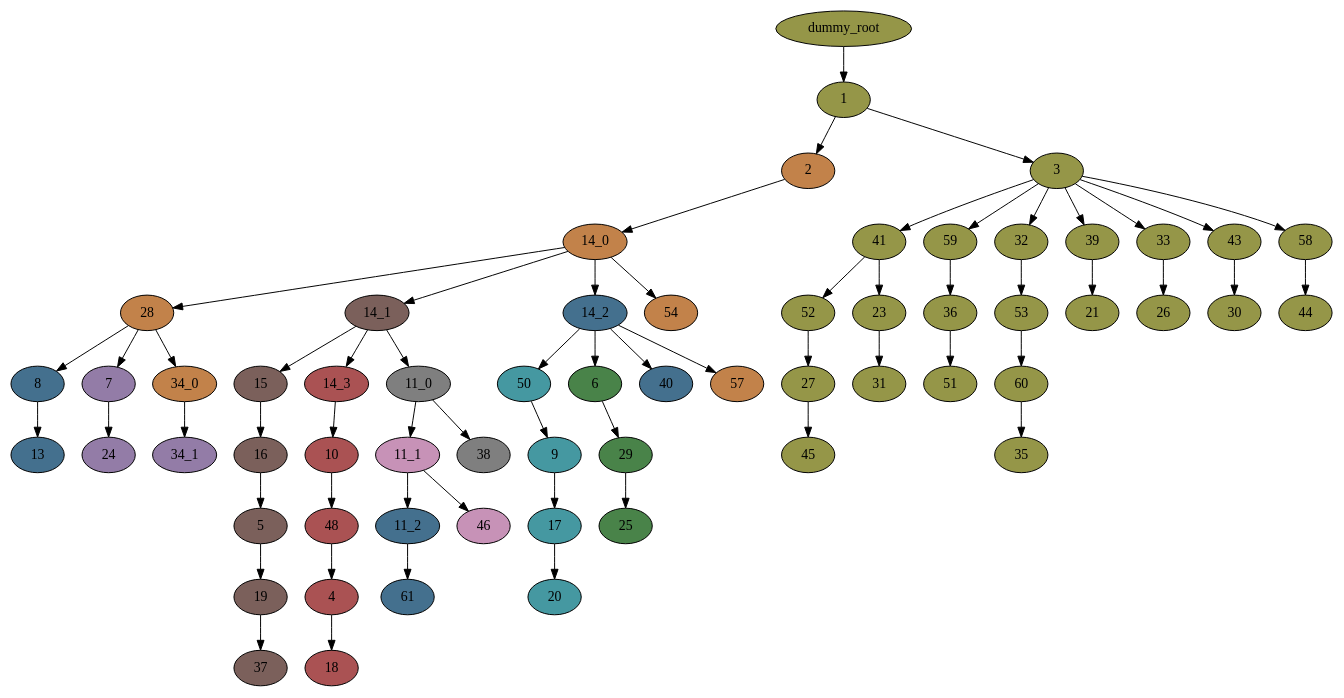
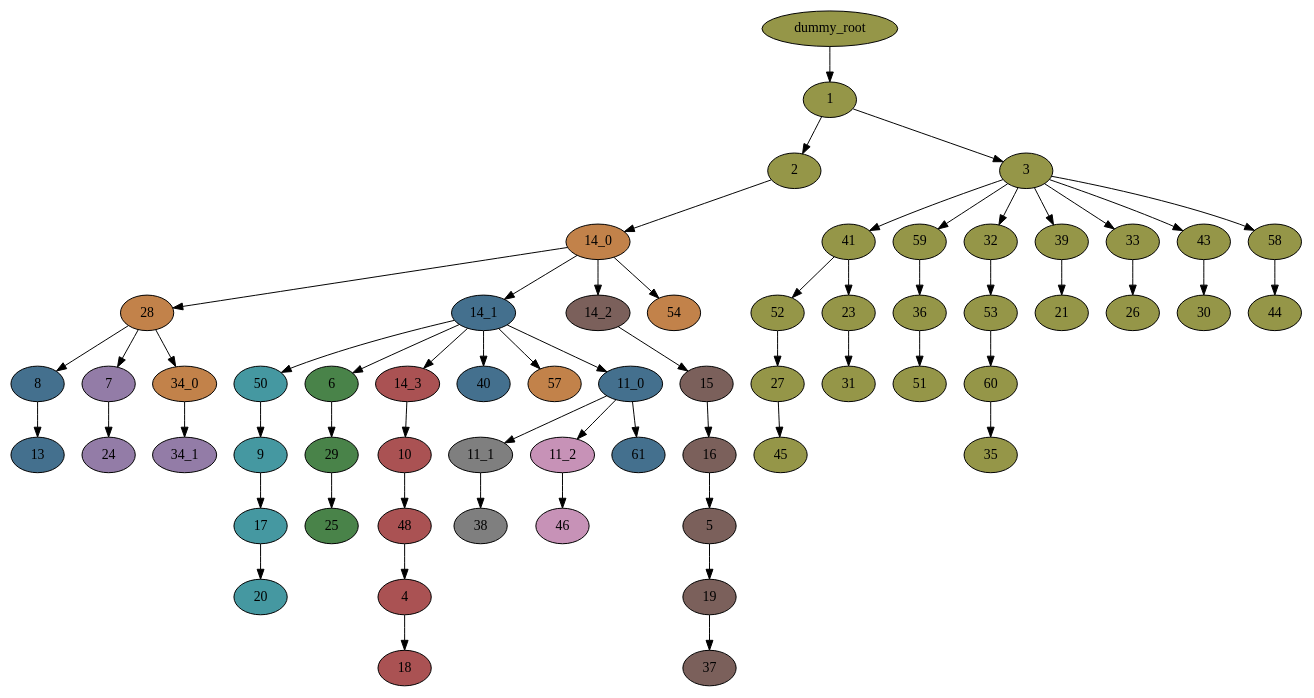
One commit to noahcape/pmh-rp changed the diagram in trees/CRUKP4715/tlp/tlp_output_colored_tree.dot. Above: the diagram before and after it, drawn with Graphviz. The commit also changed 255 other files, not shown here.

```diff
--- a/trees/CRUKP4715/tlp/tlp_output_colored_tree.dot
+++ b/trees/CRUKP4715/tlp/tlp_output_colored_tree.dot
@@ -1,123 +1,123 @@
 digraph T {
 	"10" [fillcolor="#aa5253", style=filled];
 	"48" [fillcolor="#aa5253", style=filled];
 	"4" [fillcolor="#aa5253", style=filled];
 	"15" [fillcolor="#7b605b", style=filled];
 	"16" [fillcolor="#7b605b", style=filled];
 	"5" [fillcolor="#7b605b", style=filled];
-	"2" [fillcolor="#c2824a", style=filled];
+	"2" [fillcolor="#959648", style=filled];
 	"14_0" [fillcolor="#c2824a", style=filled];
 	"28" [fillcolor="#c2824a", style=filled];
 	"8" [fillcolor="#44708e", style=filled];
 	"7" [fillcolor="#937ca7", style=filled];
 	"34_0" [fillcolor="#c2824a", style=filled];
 	"50" [fillcolor="#4598a1", style=filled];
 	"9" [fillcolor="#4598a1", style=filled];
 	"1" [fillcolor="#959648", style=filled];
 	"3" [fillcolor="#959648", style=filled];
 	"17" [fillcolor="#4598a1", style=filled];
 	"19" [fillcolor="#7b605b", style=filled];
 	"41" [fillcolor="#959648", style=filled];
 	"59" [fillcolor="#959648", style=filled];
 	"32" [fillcolor="#959648", style=filled];
 	"39" [fillcolor="#959648", style=filled];
 	"33" [fillcolor="#959648", style=filled];
 	"43" [fillcolor="#959648", style=filled];
 	"58" [fillcolor="#959648", style=filled];
 	"52" [fillcolor="#959648", style=filled];
 	"23" [fillcolor="#959648", style=filled];
 	"27" [fillcolor="#959648", style=filled];
 	"6" [fillcolor="#498349", style=filled];
 	"29" [fillcolor="#498349", style=filled];
 	"36" [fillcolor="#959648", style=filled];
 	"53" [fillcolor="#959648", style=filled];
 	"60" [fillcolor="#959648", style=filled];
 	"13" [fillcolor="#44708e", style=filled];
 	"18" [fillcolor="#aa5253", style=filled];
 	"20" [fillcolor="#4598a1", style=filled];
 	"21" [fillcolor="#959648", style=filled];
 	"24" [fillcolor="#937ca7", style=filled];
 	"25" [fillcolor="#498349", style=filled];
 	"26" [fillcolor="#959648", style=filled];
 	"30" [fillcolor="#959648", style=filled];
 	"31" [fillcolor="#959648", style=filled];
 	"35" [fillcolor="#959648", style=filled];
 	"37" [fillcolor="#7b605b", style=filled];
 	"44" [fillcolor="#959648", style=filled];
 	"45" [fillcolor="#959648", style=filled];
 	"51" [fillcolor="#959648", style=filled];
-	"14_1" [fillcolor="#7b605b", style=filled];
-	"14_2" [fillcolor="#44708e", style=filled];
+	"14_1" [fillcolor="#44708e", style=filled];
+	"14_2" [fillcolor="#7b605b", style=filled];
 	"54" [fillcolor="#c2824a", style=filled];
 	"14_3" [fillcolor="#aa5253", style=filled];
-	"11_0" [fillcolor="#7f7f7f", style=filled];
 	"40" [fillcolor="#44708e", style=filled];
 	"57" [fillcolor="#c2824a", style=filled];
-	"11_1" [fillcolor="#c792b7", style=filled];
+	"11_0" [fillcolor="#44708e", style=filled];
+	"11_1" [fillcolor="#7f7f7f", style=filled];
+	"11_2" [fillcolor="#c792b7", style=filled];
+	"61" [fillcolor="#44708e", style=filled];
 	"38" [fillcolor="#7f7f7f", style=filled];
-	"11_2" [fillcolor="#44708e", style=filled];
 	"46" [fillcolor="#c792b7", style=filled];
-	"61" [fillcolor="#44708e", style=filled];
 	"34_1" [fillcolor="#937ca7", style=filled];
 	"dummy_root" [fillcolor="#959648", style=filled];
 	"10" -> "48";
 	"48" -> "4";
 	"4" -> "18";
 	"15" -> "16";
 	"16" -> "5";
 	"5" -> "19";
 	"2" -> "14_0";
 	"14_0" -> "14_1";
 	"14_0" -> "14_2";
 	"14_0" -> "28";
 	"14_0" -> "54";
 	"28" -> "8";
 	"28" -> "7";
 	"28" -> "34_0";
 	"8" -> "13";
 	"7" -> "24";
 	"34_0" -> "34_1";
 	"50" -> "9";
 	"9" -> "17";
 	"1" -> "2";
 	"1" -> "3";
 	"3" -> "41";
 	"3" -> "59";
 	"3" -> "32";
 	"3" -> "39";
 	"3" -> "33";
 	"3" -> "43";
 	"3" -> "58";
 	"17" -> "20";
 	"19" -> "37";
 	"41" -> "52";
 	"41" -> "23";
 	"59" -> "36";
 	"32" -> "53";
 	"39" -> "21";
 	"33" -> "26";
 	"43" -> "30";
 	"58" -> "44";
 	"52" -> "27";
 	"23" -> "31";
 	"27" -> "45";
 	"6" -> "29";
 	"29" -> "25";
 	"36" -> "51";
 	"53" -> "60";
 	"60" -> "35";
 	"14_1" -> "14_3";
-	"14_1" -> "15";
+	"14_1" -> "50";
+	"14_1" -> "6";
+	"14_1" -> "40";
+	"14_1" -> "57";
 	"14_1" -> "11_0";
-	"14_2" -> "50";
-	"14_2" -> "6";
-	"14_2" -> "40";
-	"14_2" -> "57";
+	"14_2" -> "15";
 	"14_3" -> "10";
 	"11_0" -> "11_1";
-	"11_0" -> "38";
-	"11_1" -> "11_2";
-	"11_1" -> "46";
-	"11_2" -> "61";
+	"11_0" -> "11_2";
+	"11_0" -> "61";
+	"11_1" -> "38";
+	"11_2" -> "46";
 	"dummy_root" -> "1";
 }
```
